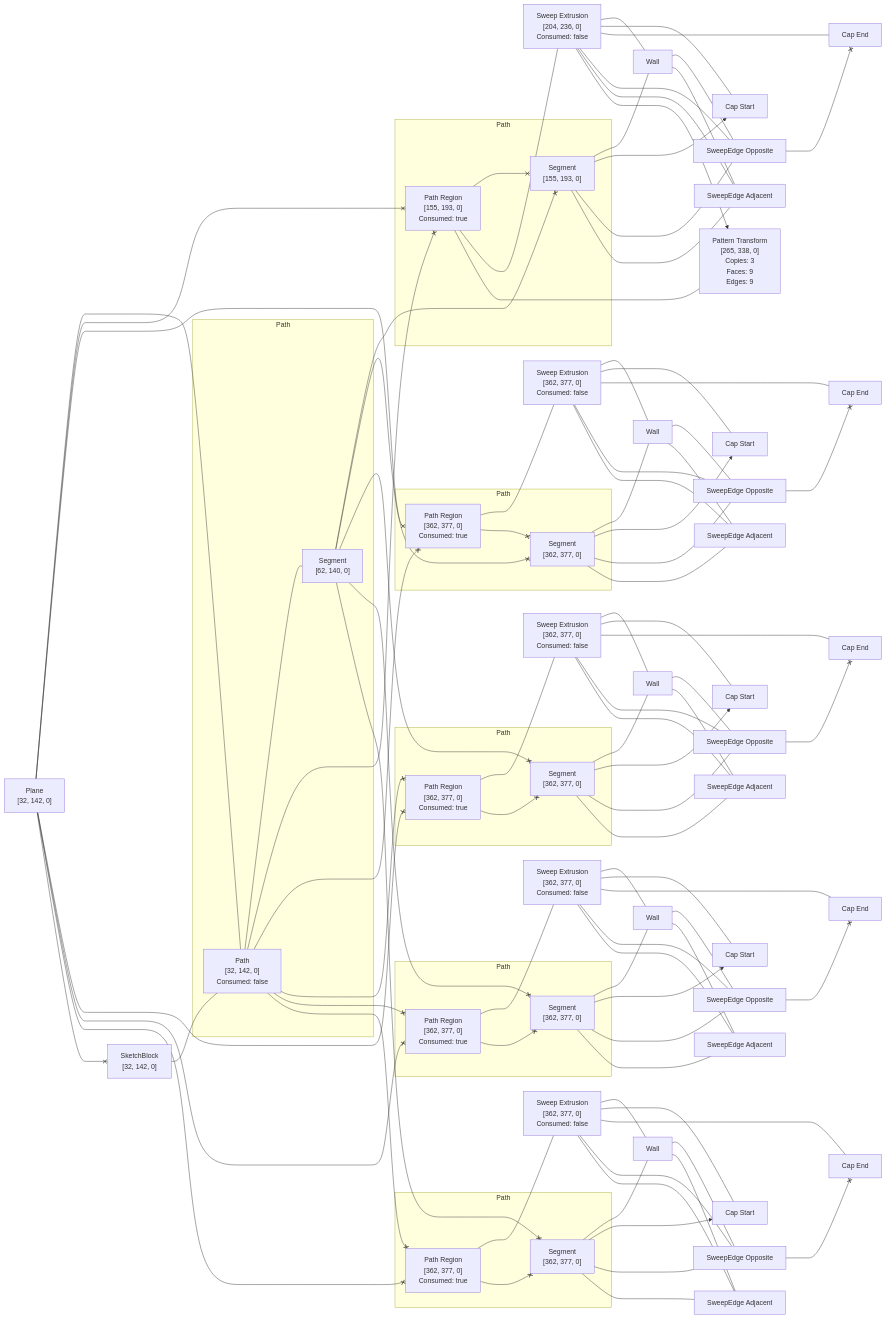
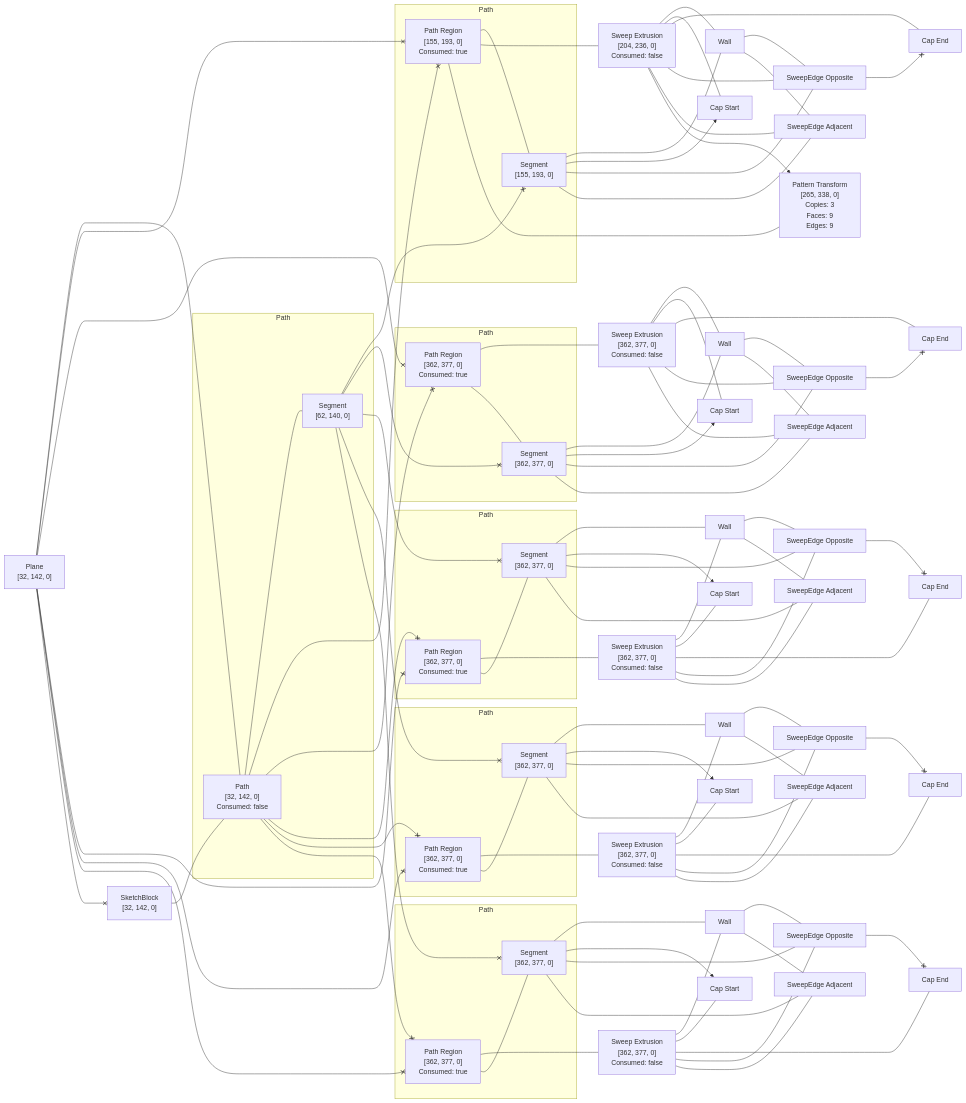
The diagram in rust/kcl-lib/tests/clone_a_pattern/artifact_graph_flowchart.snap.md (KittyCAD/modeling-app), drawn with Mermaid before and after one commit. The commit also changed 17 other files, not shown here.

```diff
--- a/rust/kcl-lib/tests/clone_a_pattern/artifact_graph_flowchart.snap.md
+++ b/rust/kcl-lib/tests/clone_a_pattern/artifact_graph_flowchart.snap.md
@@ -111,7 +111,7 @@
   3 <--x 23
   3 <--x 31
   3 <--x 39
-  4 <--x 5
+  4 --- 5
   4 ---- 6
   4 --- 12
   5 --- 7
@@ -133,7 +133,7 @@
   13 --- 18
   13 --- 19
   13 --- 20
-  14 <--x 15
+  14 --- 15
   15 --- 16
   15 x--> 17
   15 --- 19
@@ -147,7 +147,7 @@
   21 --- 26
   21 --- 27
   21 --- 28
-  22 <--x 23
+  22 --- 23
   23 --- 24
   23 x--> 25
   23 --- 27
@@ -161,7 +161,7 @@
   29 --- 34
   29 --- 35
   29 --- 36
-  30 <--x 31
+  30 --- 31
   31 --- 32
   31 x--> 33
   31 --- 35
@@ -175,7 +175,7 @@
   37 --- 42
   37 --- 43
   37 --- 44
-  38 <--x 39
+  38 --- 39
   39 --- 40
   39 x--> 41
   39 --- 43
```
